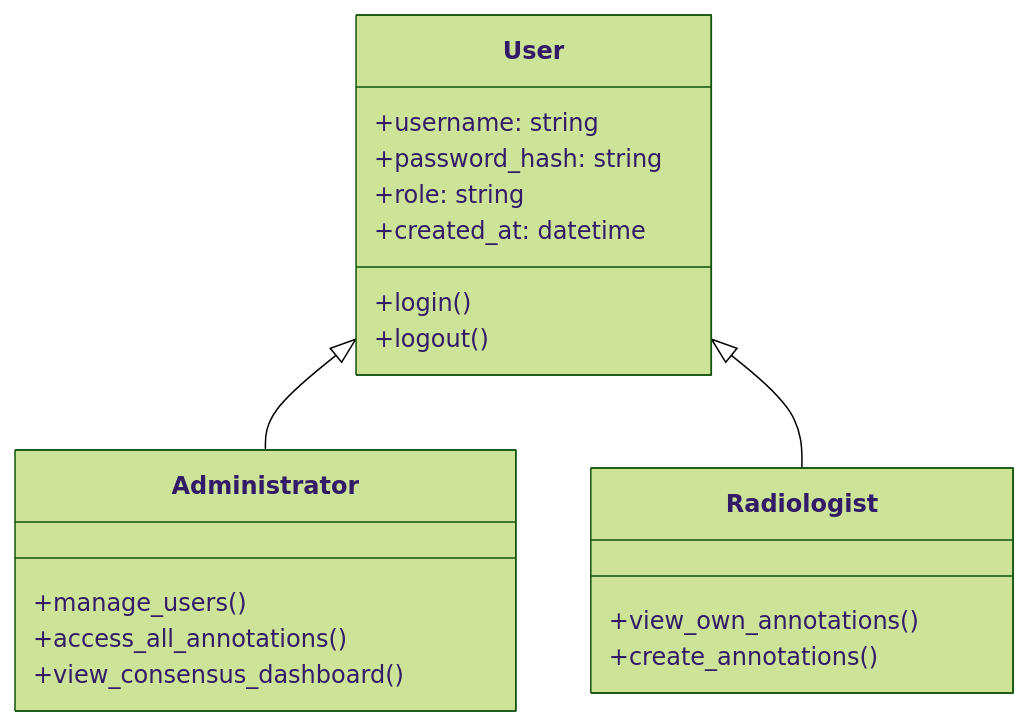
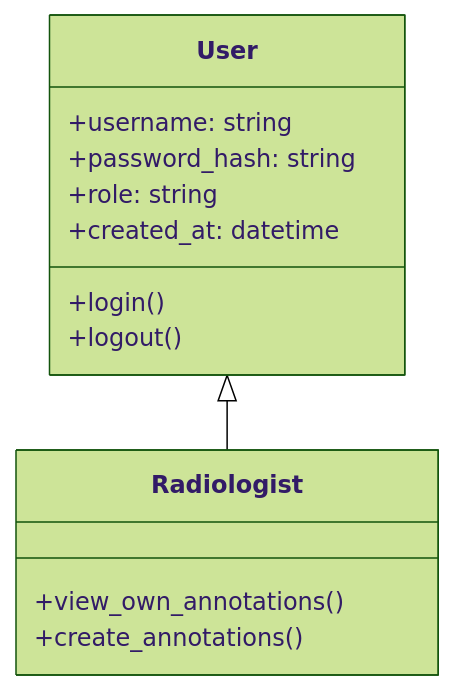
One commit to mgadaphy/dicom-research changed the second of 7 diagrams in docs/core_features.md. Above: the diagram before and after it, drawn with Mermaid (forest theme). The commit also changed other lines of this file and 1 other file, not shown here.

Commit message:
Updated the the documentations of the database schema

````diff
--- a/docs/core_features.md
+++ b/docs/core_features.md
@@ -25,25 +25,18 @@
 ```mermaid
 classDiagram
   class User {
     +username: string
     +password_hash: string
     +role: string
     +created_at: datetime
     +login()
     +logout()
   }
   
-  class Administrator {
-    +manage_users()
-    +access_all_annotations()
-    +view_consensus_dashboard()
-  }
-  
   class Radiologist {
     +view_own_annotations()
     +create_annotations()
   }
   
-  User <|-- Administrator
   User <|-- Radiologist
 ```
````
